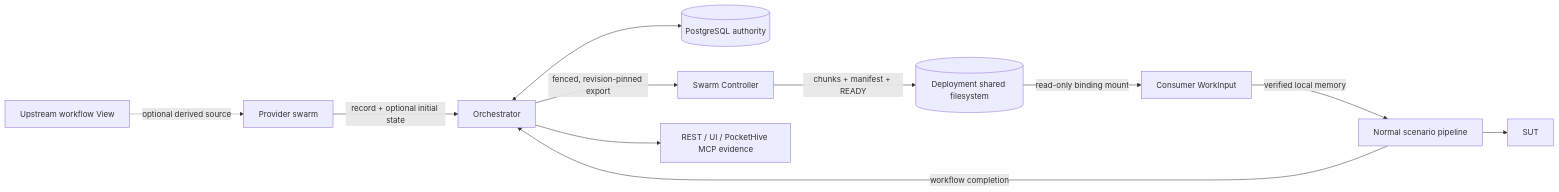
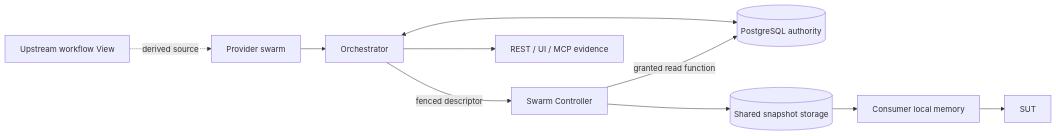
One commit to sepa79/PocketHive changed the diagram in docs/inProgress/managed-datasets-team-design-overview.md. Above: the diagram before and after it, drawn with Mermaid. The commit also changed other lines of this file and 2 other files, not shown here.

````diff
--- a/docs/inProgress/managed-datasets-team-design-overview.md
+++ b/docs/inProgress/managed-datasets-team-design-overview.md
@@ -129,13 +41,12 @@
 ```mermaid
 flowchart LR
-  U[Upstream workflow View] -. optional derived source .-> P
-  P[Provider swarm] -->|record + optional initial state| O[Orchestrator]
+  P[Provider swarm] --> O[Orchestrator]
+  U[Upstream workflow View] -. derived source .-> P
   O <--> PG[(PostgreSQL authority)]
-  O -->|fenced, revision-pinned export| SC[Swarm Controller]
-  SC -->|chunks + manifest + READY| FS[(Deployment shared filesystem)]
-  FS -->|read-only binding mount| WI[Consumer WorkInput]
-  WI -->|verified local memory| S[Normal scenario pipeline]
-  S --> SUT[SUT]
-  S -->|workflow completion| O
-  O --> E[REST / UI / PocketHive MCP evidence]
+  O -->|fenced descriptor| SC[Swarm Controller]
+  SC -->|granted read function| PG
+  SC --> FS[(Shared snapshot storage)]
+  FS --> C[Consumer local memory]
+  C --> SUT[SUT]
+  O --> E[REST / UI / MCP evidence]
 ```
````
